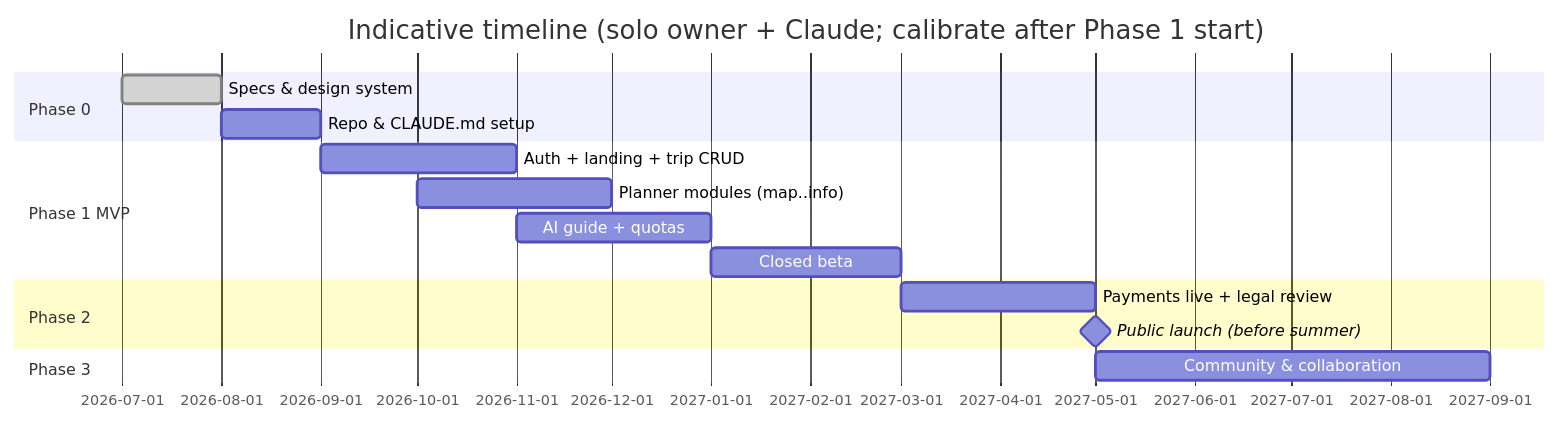
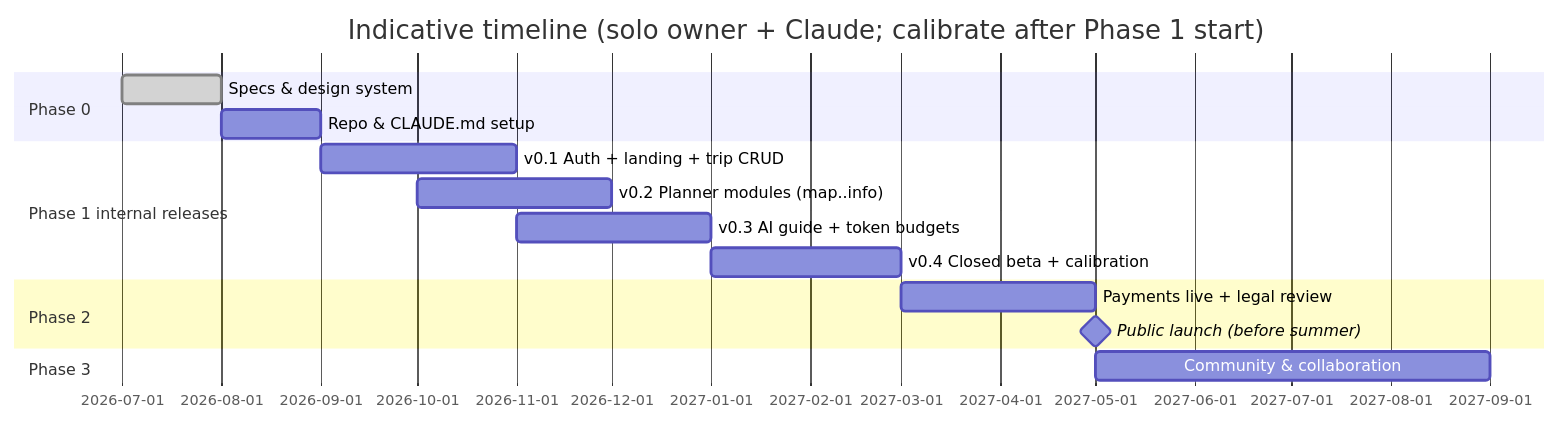
One commit to arnego/sommerferie2026 changed the second of 2 diagrams in product_plan/10-roadmap.md. Above: the diagram before and after it, drawn with Mermaid. The commit also changed other lines of this file and 24 other files, not shown here.

First line of the commit message:
Apply owner decisions: Roamly, Europe-first, trial + token budgets

````diff
--- a/product_plan/10-roadmap.md
+++ b/product_plan/10-roadmap.md
@@ -28,18 +34,18 @@
 ```mermaid
 gantt
     dateFormat YYYY-MM
     title Indicative timeline (solo owner + Claude; calibrate after Phase 1 start)
     section Phase 0
     Specs & design system           :done, p0, 2026-07, 1M
     Repo & CLAUDE.md setup          :p0b, 2026-08, 1M
-    section Phase 1 MVP
-    Auth + landing + trip CRUD      :p1a, 2026-09, 2M
-    Planner modules (map..info)     :p1b, 2026-10, 2M
-    AI guide + quotas               :p1c, 2026-11, 2M
-    Closed beta                     :p1d, 2027-01, 2M
+    section Phase 1 internal releases
+    v0.1 Auth + landing + trip CRUD :p1a, 2026-09, 2M
+    v0.2 Planner modules (map..info):p1b, 2026-10, 2M
+    v0.3 AI guide + token budgets   :p1c, 2026-11, 2M
+    v0.4 Closed beta + calibration  :p1d, 2027-01, 2M
     section Phase 2
     Payments live + legal review    :p2, 2027-03, 2M
     Public launch (before summer)   :milestone, 2027-05, 0d
     section Phase 3
     Community & collaboration       :p3, 2027-05, 4M
 ```
````
